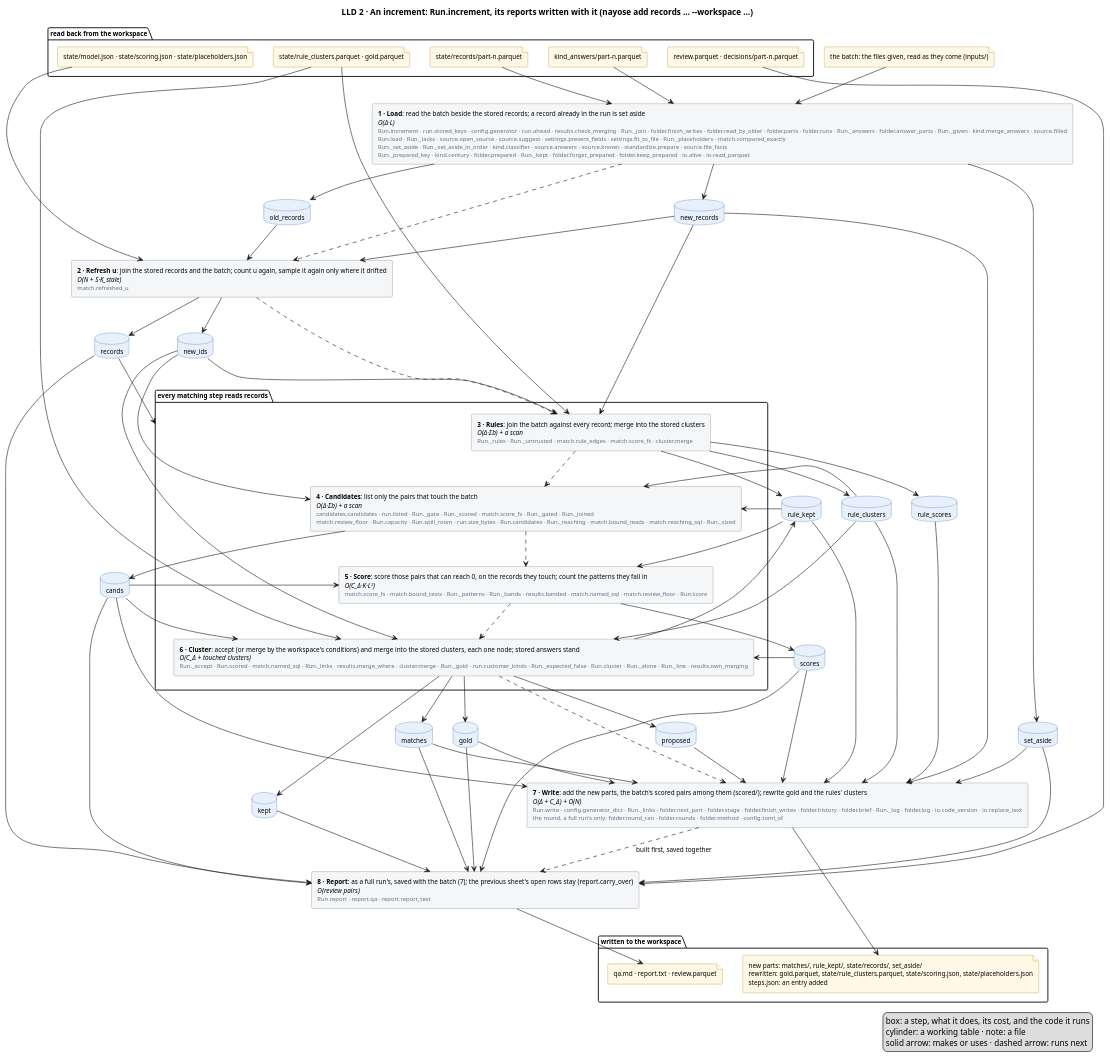
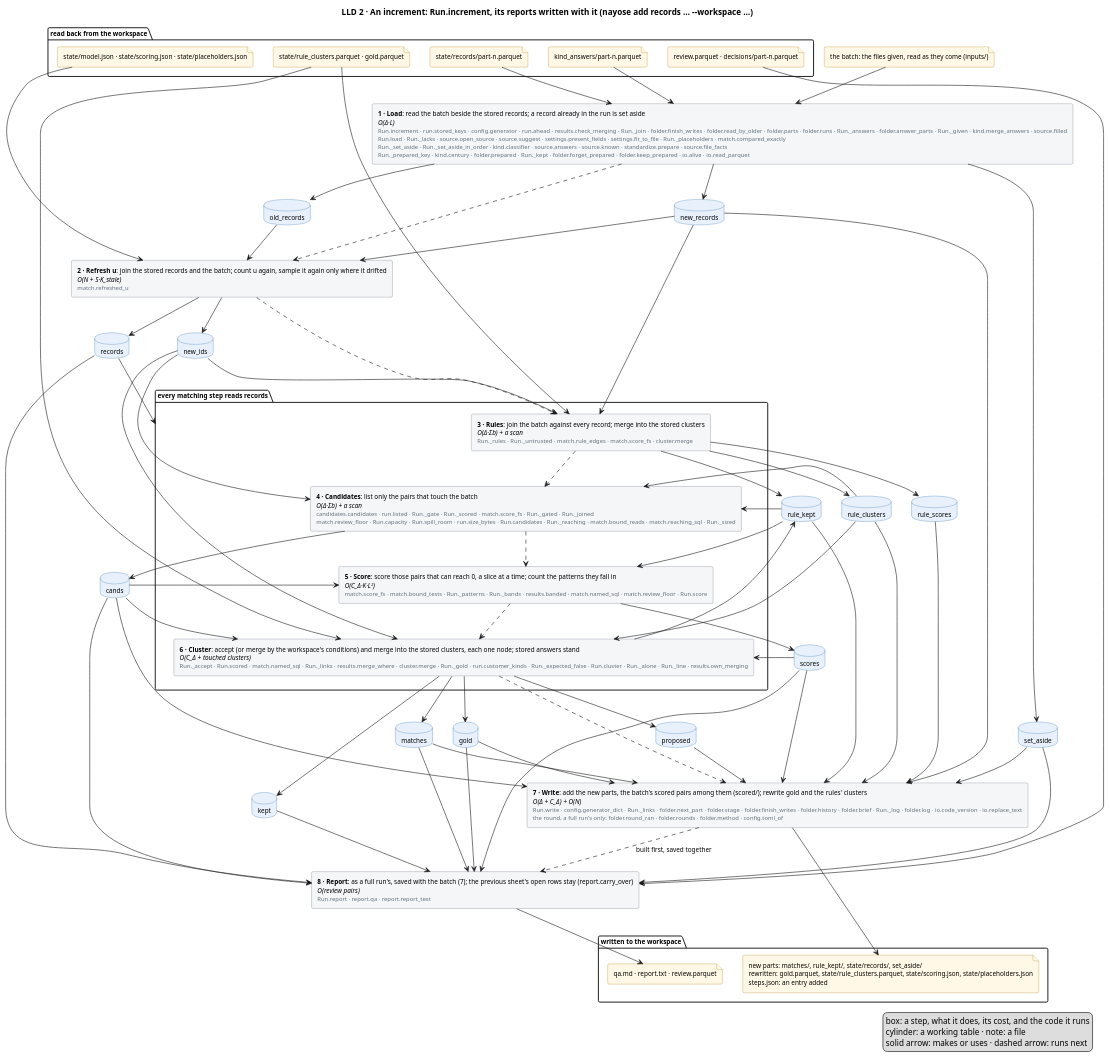
Before and after one commit to mvsbm/entity_matching: the diagram in docs/diagrams/increment.puml, drawn with PlantUML. The commit also changed 2 other files, not shown here.

Commit message:
An increment's pairs are scored as a full run's, a slice at a time, in the docs and the increment diagram: no table of the records they touch
Claude-Session: https://claude.ai/code/session_012o8JNBKSY1aREPbMQDG8g2

```diff
--- a/docs/diagrams/increment.puml
+++ b/docs/diagrams/increment.puml
@@ -1,127 +1,127 @@
 @startuml increment
 title LLD 2 · An increment: Run.increment, its reports written with it (nayose add records … ~--workspace …)
 skinparam defaultFontSize 11
 skinparam rectangle {
   BackgroundColor #F4F6F8
   BorderColor #65717E
 }
 skinparam database {
   BackgroundColor #E8F1FB
   BorderColor #2C6DB3
 }
 skinparam file {
   BackgroundColor #FFF8E6
   BorderColor #B07D00
 }
 
 package "read back from the workspace" {
   file "state/model.json · state/scoring.json · state/placeholders.json" as f_model
   file "state/records/part-n.parquet" as f_records
   file "state/rule_clusters.parquet · gold.parquet" as f_clusters
   file "kind_answers/part-n.parquet" as f_answers
   file "review.parquet · decisions/part-n.parquet" as f_sheet
 }
 file "the batch: the files given, read as they come (inputs/)" as f_batch
 
 
 rectangle "<b>1 · Load</b>: read the batch beside the stored records; a record already in the run is set aside\n<i>O(Δ·L)</i>\n<size:10><color:#65717E>Run.increment · run.stored_keys · config.generator · run.ahead · results.check_merging · Run._join · folder.finish_writes · folder.read_by_older · folder.parts · folder.runs · Run._answers · folder.answer_parts · Run._given · kind.merge_answers · source.filled</color></size>\n<size:10><color:#65717E>Run.load · Run._lacks · source.open_source · source.suggest · settings.present_fields · settings.fit_to_file · Run._placeholders · match.compared_exactly</color></size>\n<size:10><color:#65717E>Run._set_aside · Run._set_aside_in_order · kind.classifier · source.answers · source.known · standardize.prepare · source.file_facts</color></size>\n<size:10><color:#65717E>Run._prepared_key · kind.century · folder.prepared · Run._kept · folder.forget_prepared · folder.keep_prepared · io.alive · io.read_parquet</color></size>" as load
 rectangle "<b>2 · Refresh u</b>: join the stored records and the batch; count u again, sample it again only where it drifted\n<i>O(N + S·K_stale)</i>\n<size:10><color:#65717E>match.refreshed_u</color></size>" as fit
 package "every matching step reads records" as matching {
   rectangle "<b>3 · Rules</b>: join the batch against every record; merge into the stored clusters\n<i>O(Δ·Σb) + a scan</i>\n<size:10><color:#65717E>Run._rules · Run._untrusted · match.rule_edges · match.score_fs · cluster.merge</color></size>" as rules
   rectangle "<b>4 · Candidates</b>: list only the pairs that touch the batch\n<i>O(Δ·Σb) + a scan</i>\n<size:10><color:#65717E>candidates.candidates · run.listed · Run._gate · Run._scored · match.score_fs · Run._gated · Run._joined</color></size>\n<size:10><color:#65717E>match.review_floor · Run.capacity · Run.spill_room · run.size_bytes · Run.candidates · Run._reaching · match.bound_reads · match.reaching_sql · Run._sized</color></size>" as candidates
-  rectangle "<b>5 · Score</b>: score those pairs that can reach 0, on the records they touch; count the patterns they fall in\n<i>O(C_Δ·K·L²)</i>\n<size:10><color:#65717E>match.score_fs · match.bound_tests · Run._patterns · Run._bands · results.banded · match.named_sql · match.review_floor · Run.score</color></size>" as score
+  rectangle "<b>5 · Score</b>: score those pairs that can reach 0, a slice at a time; count the patterns they fall in\n<i>O(C_Δ·K·L²)</i>\n<size:10><color:#65717E>match.score_fs · match.bound_tests · Run._patterns · Run._bands · results.banded · match.named_sql · match.review_floor · Run.score</color></size>" as score
   rectangle "<b>6 · Cluster</b>: accept (or merge by the workspace's conditions) and merge into the stored clusters, each one node; stored answers stand\n<i>O(C_Δ + touched clusters)</i>\n<size:10><color:#65717E>Run._accept · Run.scored · match.named_sql · Run._links · results.merge_where · cluster.merge · Run._gold · run.customer_kinds · Run._expected_false · Run.cluster · Run._alone · Run._line · results.own_merging</color></size>" as cluster
 }
 rectangle "<b>7 · Write</b>: add the new parts, the batch's scored pairs among them (scored/); rewrite gold and the rules' clusters\n<i>O(Δ + C_Δ) + O(N)</i>\n<size:10><color:#65717E>Run.write · config.generator_dict · Run._links · folder.next_part · folder.stage · folder.finish_writes · folder.history · folder.brief · Run._log · folder.log · io.code_version · io.replace_text</color></size>\n<size:10><color:#65717E>the round, a full run's only: folder.round_ran · folder.rounds · folder.method · config.toml_of</color></size>" as write
 rectangle "<b>8 · Report</b>: as a full run's, saved with the batch (7); the previous sheet's open rows stay (report.carry_over)\n<i>O(review pairs)</i>\n<size:10><color:#65717E>Run.report · report.qa · report.report_text</color></size>" as report
 database "old_records" as old_records
 database "new_records" as new_records
 database "set_aside" as set_aside
 database "records" as records
 database "new_ids" as new_ids
 database "rule_clusters" as rule_clusters
 database "rule_kept" as rule_kept
 database "cands" as cands
 database "scores" as scores
 database "rule_scores" as rule_scores
 database "matches" as matches
 database "proposed" as proposed
 database "kept" as kept
 database "gold" as gold
 
 package "written to the workspace" {
   file "new parts: matches/, rule_kept/, state/records/, set_aside/\nrewritten: gold.parquet, state/rule_clusters.parquet, state/scoring.json, state/placeholders.json\nsteps.json: an entry added" as f_out
   file "qa.md · report.txt · review.parquet" as f_people
 }
 
 f_batch --> load
 f_records --> load
 f_answers --> load
 f_model --> fit
 f_clusters --> rules
 f_clusters --> cluster
 f_sheet --> report
 
 load ..> fit
 fit ..> rules
 rules ..> candidates
 candidates ..> score
 score ..> cluster
 cluster ..> write
 write ..> report : built first, saved together
 
 load --> old_records
 load --> new_records
 load --> set_aside
 old_records --> fit
 new_records --> fit
 fit --> records
 fit --> new_ids
 records --> matching
 new_records --> rules
 new_ids --> rules
 rules --> rule_clusters
 rules --> rule_kept
 rules --> rule_scores
 rule_scores --> write
 cands --> write
 scores --> write
 new_ids --> candidates
 candidates --> cands
 cands --> score
 score --> scores
 new_ids --> cluster
 rule_clusters --> candidates
 rule_clusters --> cluster
 cands --> cluster
 scores --> cluster
 cluster --> matches
 cluster --> proposed
 cluster --> kept
 cluster --> rule_kept
 kept --> report
 proposed --> write
 cluster --> gold
 new_records --> write
 rule_clusters --> write
 rule_kept --> write
 rule_kept --> score
 rule_kept --> candidates
 matches --> write
 gold --> write
 set_aside --> write
 records --> report
 cands --> report
 scores --> report
 matches --> report
 gold --> report
 set_aside --> report
 
 write --> f_out
 report --> f_people
 legend right
   box: a step, what it does, its cost, and the code it runs
   cylinder: a working table · note: a file
   solid arrow: makes or uses · dashed arrow: runs next
 endlegend
 @enduml
```
